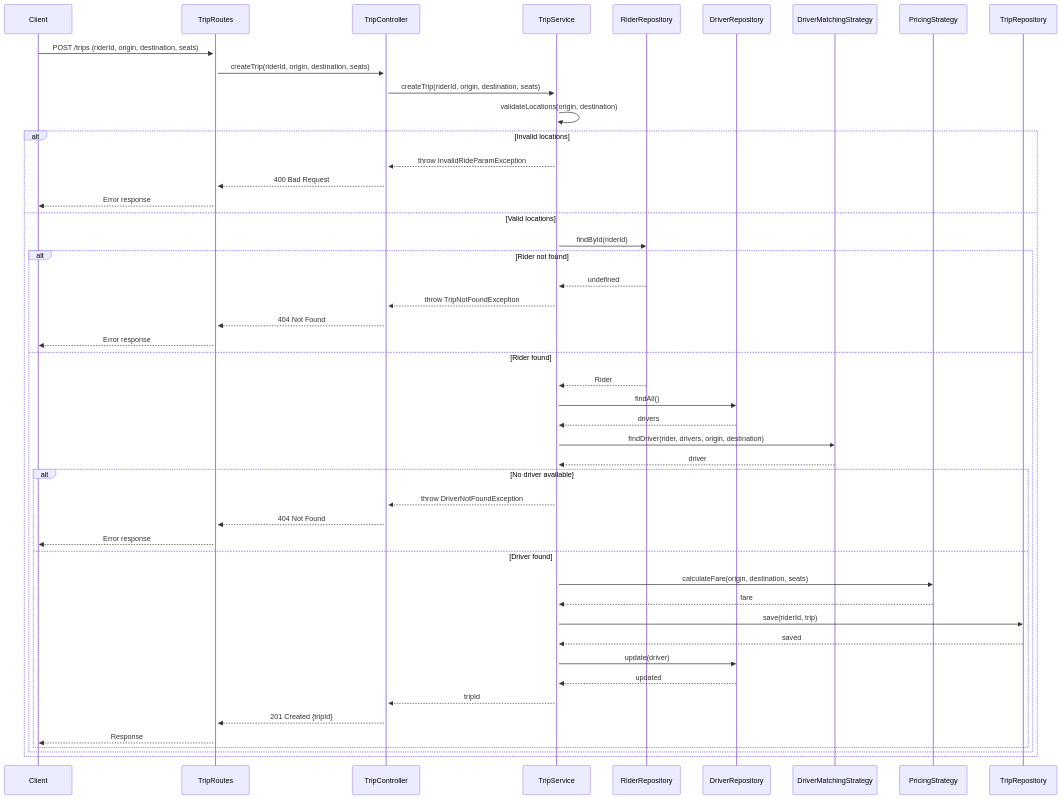
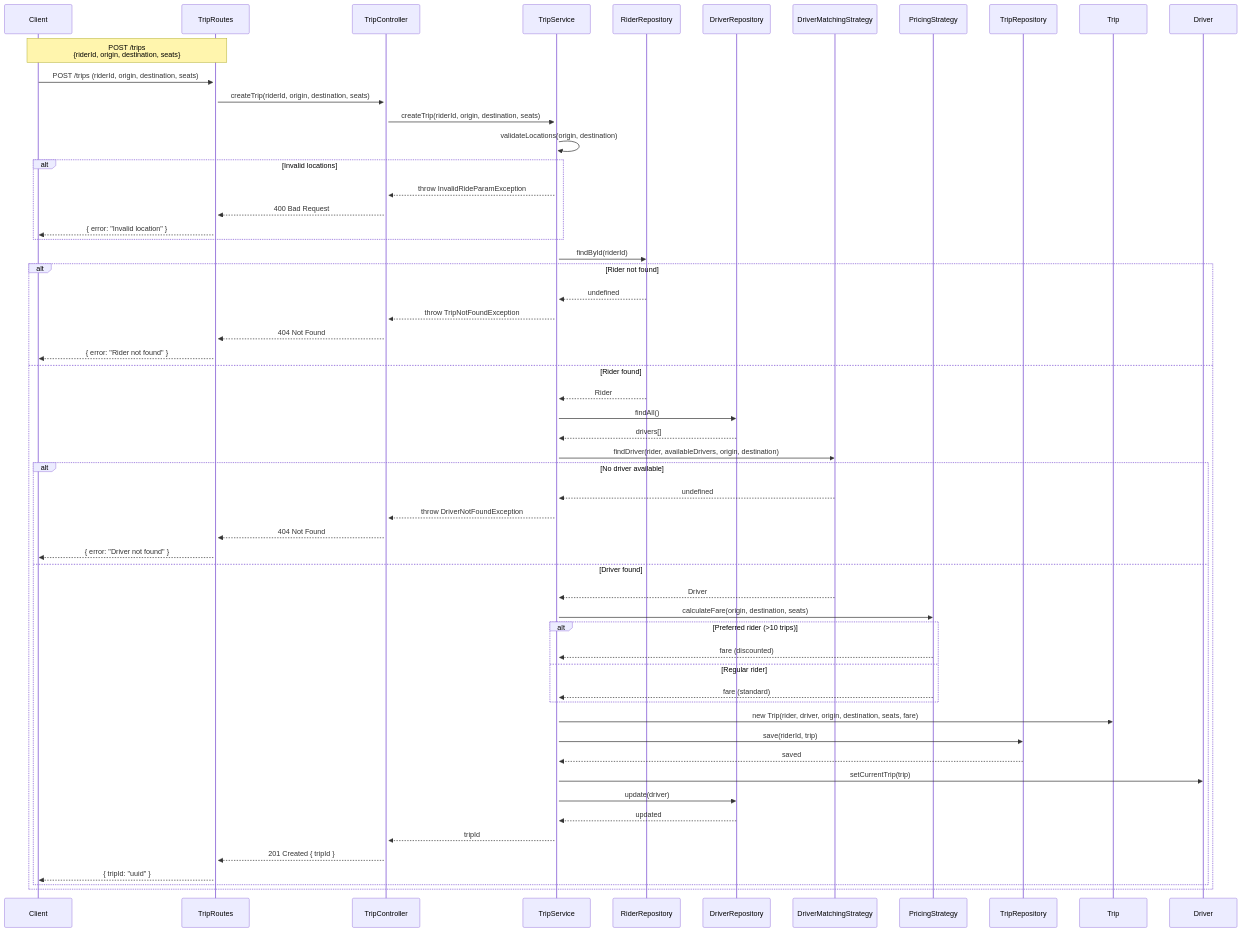
The first of 4 diagrams in sd-diagrams/sequence-diagram.md (Trishix/Ride-Sharing-System), drawn with Mermaid before and after one commit. The commit also changed other lines of this file and 2 other files, not shown here.

Commit message:
update: enhance ER and sequence diagrams for ride sharing system with improved clarity and detail

````diff
--- a/sd-diagrams/sequence-diagram.md
+++ b/sd-diagrams/sequence-diagram.md
@@ -3,51 +3,67 @@
 ```mermaid
 sequenceDiagram
     participant Client
-    participant TripRoutes
-    participant TripController
-    participant TripService
-    participant RiderRepository
-    participant DriverRepository
-    participant DriverMatchingStrategy
-    participant PricingStrategy
-    participant TripRepository
+    participant Express as TripRoutes
+    participant Controller as TripController
+    participant Service as TripService
+    participant RiderRepo as RiderRepository
+    participant DriverRepo as DriverRepository
+    participant Matching as DriverMatchingStrategy
+    participant Pricing as PricingStrategy
+    participant TripRepo as TripRepository
 
-    Client->>+TripRoutes: POST /trips (riderId, origin, destination, seats)
-    TripRoutes->>+TripController: createTrip(riderId, origin, destination, seats)
-    TripController->>+TripService: createTrip(riderId, origin, destination, seats)
-    TripService->>TripService: validateLocations(origin, destination)
+    Note over Client, Express: POST /trips<br/>{riderId, origin, destination, seats}
+
+    Client->>+Express: POST /trips (riderId, origin, destination, seats)
+    Express->>+Controller: createTrip(riderId, origin, destination, seats)
+    Controller->>+Service: createTrip(riderId, origin, destination, seats)
+
+    Service->>Service: validateLocations(origin, destination)
     alt Invalid locations
-        TripService-->>TripController: throw InvalidRideParamException
-        TripController-->>TripRoutes: 400 Bad Request
-        TripRoutes-->>Client: Error response
-    else Valid locations
-        TripService->>RiderRepository: findById(riderId)
-        alt Rider not found
-            RiderRepository-->>TripService: undefined
-            TripService-->>TripController: throw TripNotFoundException
-            TripController-->>TripRoutes: 404 Not Found
-            TripRoutes-->>Client: Error response
-        else Rider found
-            RiderRepository-->>TripService: Rider
-            TripService->>DriverRepository: findAll()
-            DriverRepository-->>TripService: drivers
-            TripService->>DriverMatchingStrategy: findDriver(rider, drivers, origin, destination)
-            DriverMatchingStrategy-->>TripService: driver
-            alt No driver available
-                TripService-->>TripController: throw DriverNotFoundException
-                TripController-->>TripRoutes: 404 Not Found
-                TripRoutes-->>Client: Error response
-            else Driver found
-                TripService->>PricingStrategy: calculateFare(origin, destination, seats)
-                PricingStrategy-->>TripService: fare
-                TripService->>TripRepository: save(riderId, trip)
-                TripRepository-->>TripService: saved
-                TripService->>DriverRepository: update(driver)
-                DriverRepository-->>TripService: updated
-                TripService-->>TripController: tripId
-                TripController-->>TripRoutes: 201 Created {tripId}
-                TripRoutes-->>Client: Response
+        Service-->>Controller: throw InvalidRideParamException
+        Controller-->>Express: 400 Bad Request
+        Express-->>Client: { error: "Invalid location" }
+    end
+
+    Service->>RiderRepo: findById(riderId)
+    alt Rider not found
+        RiderRepo-->>Service: undefined
+        Service-->>Controller: throw TripNotFoundException
+        Controller-->>Express: 404 Not Found
+        Express-->>Client: { error: "Rider not found" }
+    else Rider found
+        RiderRepo-->>Service: Rider
+
+        Service->>DriverRepo: findAll()
+        DriverRepo-->>Service: drivers[]
+
+        Service->>Matching: findDriver(rider, availableDrivers, origin, destination)
+        alt No driver available
+            Matching-->>Service: undefined
+            Service-->>Controller: throw DriverNotFoundException
+            Controller-->>Express: 404 Not Found
+            Express-->>Client: { error: "Driver not found" }
+        else Driver found
+            Matching-->>Service: Driver
+
+            Service->>Pricing: calculateFare(origin, destination, seats)
+            alt Preferred rider (>10 trips)
+                Pricing-->>Service: fare (discounted)
+            else Regular rider
+                Pricing-->>Service: fare (standard)
             end
+
+            Service->>Trip: new Trip(rider, driver, origin, destination, seats, fare)
+            Service->>TripRepo: save(riderId, trip)
+            TripRepo-->>Service: saved
+
+            Service->>Driver: setCurrentTrip(trip)
+            Service->>DriverRepo: update(driver)
+            DriverRepo-->>Service: updated
+
+            Service-->>Controller: tripId
+            Controller-->>Express: 201 Created { tripId }
+            Express-->>Client: { tripId: "uuid" }
         end
     end
 ```
````
